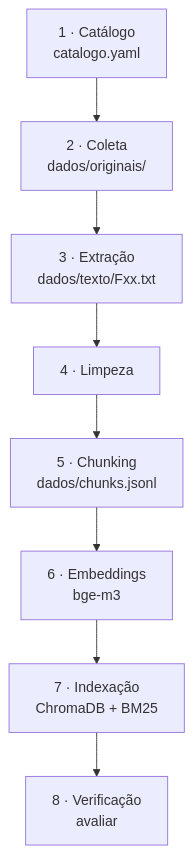
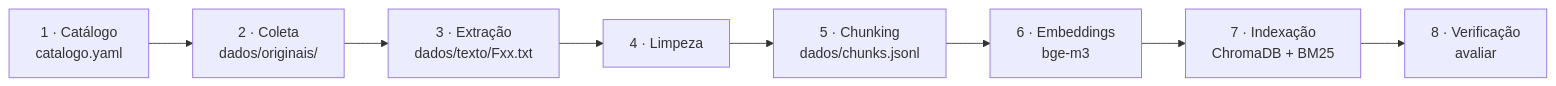
The diagram in docs/entrega-2/pipeline-ingestao.md (maykonjuso/residencia-grupo-4), drawn with Mermaid before and after one commit.

Commit message:
fix(docs): corrige direção do fluxo no diagrama do pipeline de ingestão

````diff
--- a/docs/entrega-2/pipeline-ingestao.md
+++ b/docs/entrega-2/pipeline-ingestao.md
@@ -15,10 +15,10 @@
 ```mermaid
-flowchart TD
+flowchart LR
     A[1 · Catálogo<br/>catalogo.yaml] --> B[2 · Coleta<br/>dados/originais/]
     B --> C[3 · Extração<br/>dados/texto/Fxx.txt]
     C --> D[4 · Limpeza]
     D --> E[5 · Chunking<br/>dados/chunks.jsonl]
     E --> F[6 · Embeddings<br/>bge-m3]
     F --> G[7 · Indexação<br/>ChromaDB + BM25]
     G --> H[8 · Verificação<br/>avaliar]
 ```
````
